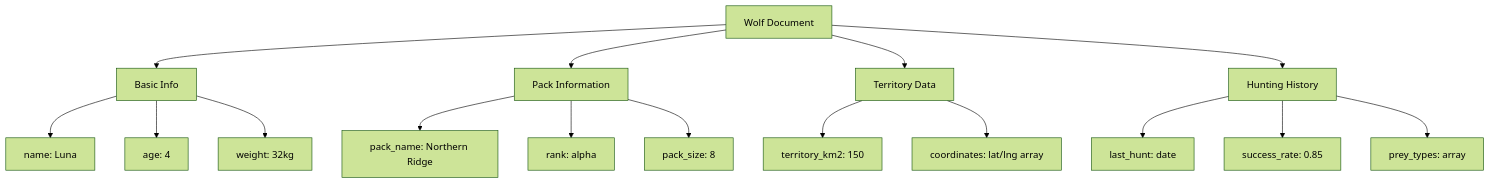
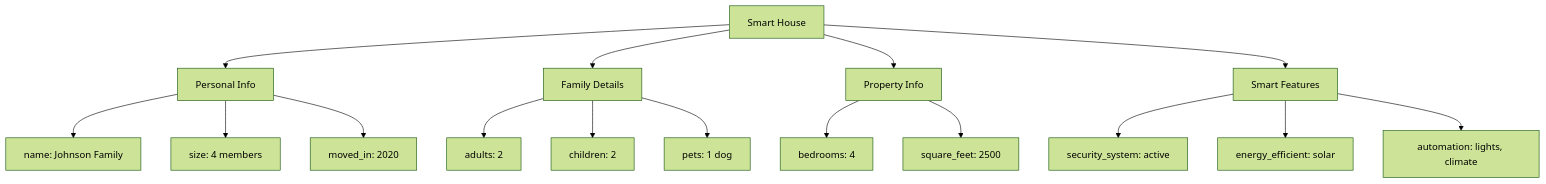
Before and after one commit to viswanathsandu/QuickGuides: the fourth of 11 diagrams in mongodb-nature-guide.md, drawn with Mermaid (forest theme). The commit also changed other lines of this file, not shown here.

````diff
--- a/mongodb-nature-guide.md
+++ b/mongodb-nature-guide.md
@@ -218,22 +228,22 @@
 ```mermaid
 graph TB
-    A[Wolf Document] --> B[Basic Info]
-    A --> C[Pack Information]
-    A --> D[Territory Data]
-    A --> E[Hunting History]
+    A[Smart House] --> B[Personal Info]
+    A --> C[Family Details]
+    A --> D[Property Info]
+    A --> E[Smart Features]
     
-    B --> B1[name: Luna]
-    B --> B2[age: 4]
-    B --> B3[weight: 32kg]
+    B --> B1[name: Johnson Family]
+    B --> B2[size: 4 members]
+    B --> B3[moved_in: 2020]
     
-    C --> C1[pack_name: Northern Ridge]
-    C --> C2[rank: alpha]
-    C --> C3[pack_size: 8]
+    C --> C1[adults: 2]
+    C --> C2[children: 2]
+    C --> C3[pets: 1 dog]
     
-    D --> D1[territory_km2: 150]
-    D --> D2[coordinates: lat/lng array]
+    D --> D1[bedrooms: 4]
+    D --> D2[square_feet: 2500]
     
-    E --> E1[last_hunt: date]
-    E --> E2[success_rate: 0.85]
-    E --> E3[prey_types: array]
+    E --> E1[security_system: active]
+    E --> E2[energy_efficient: solar]
+    E --> E3[automation: lights, climate]
 ```
````
